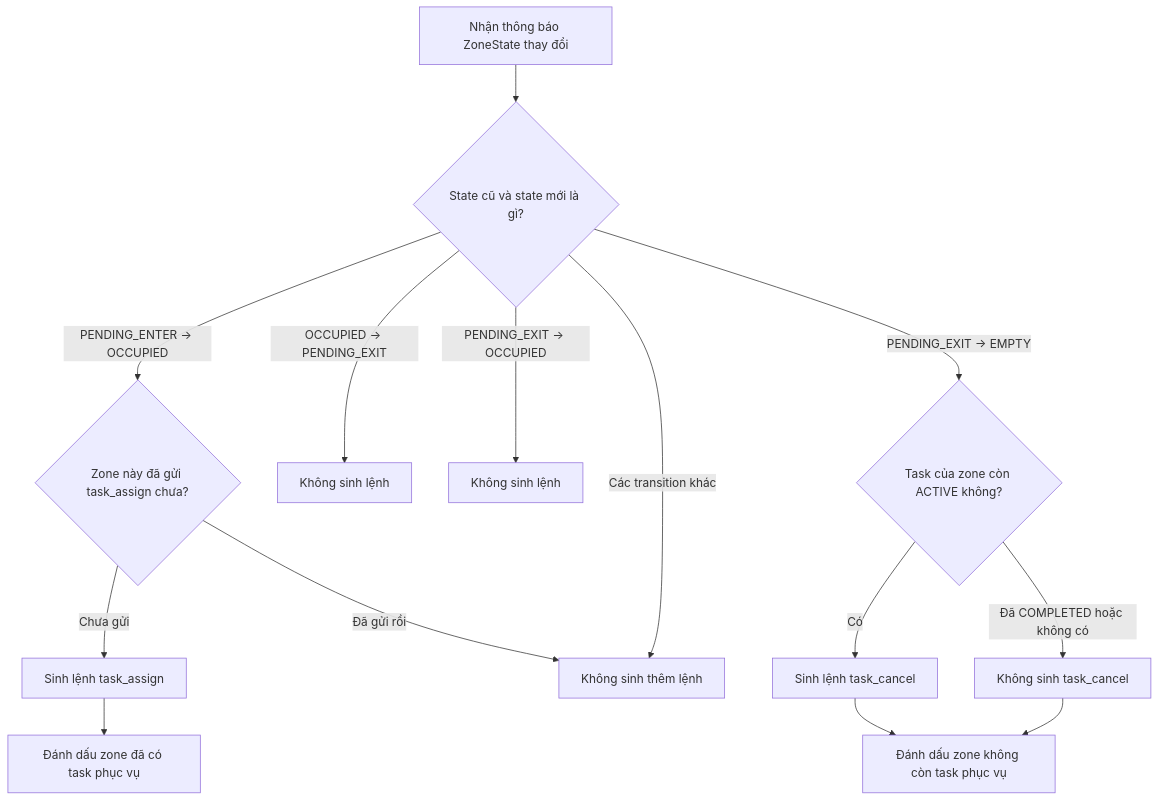
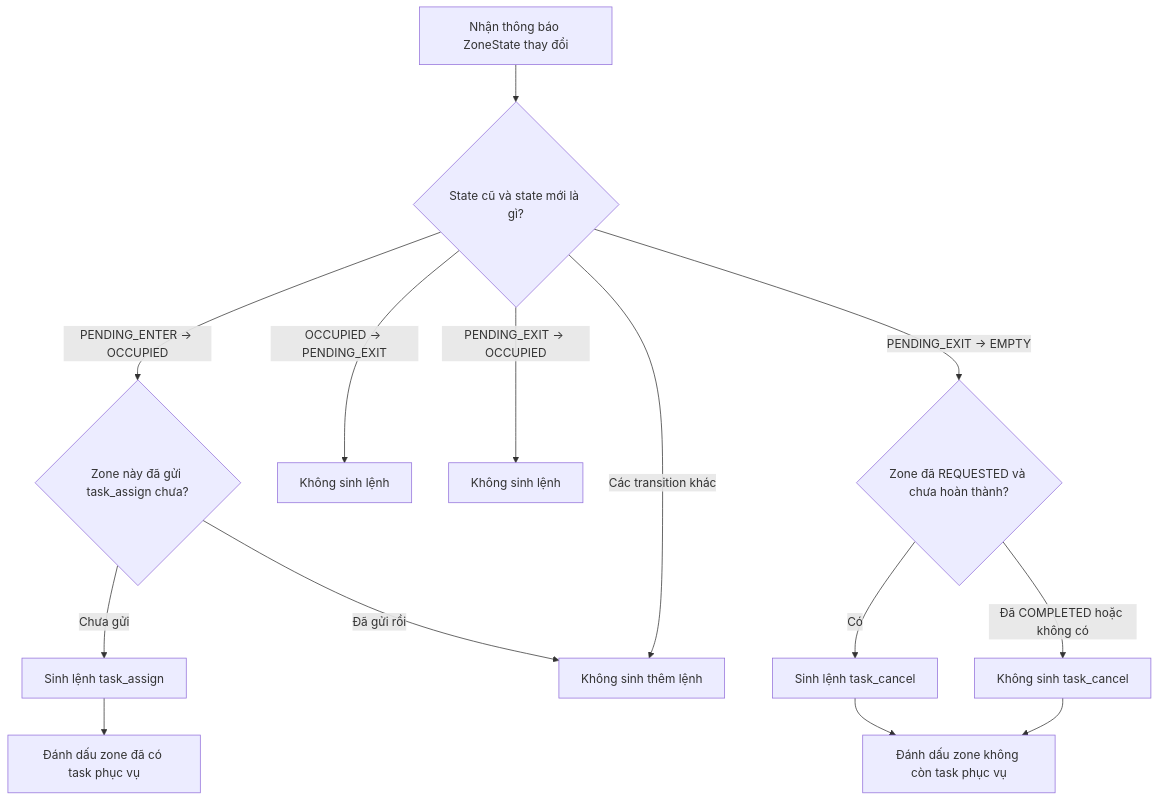
The diagram in src/dispatch_decision/README.md (nnq962/neo-human-detector), drawn with Mermaid before and after one commit. The commit also changed other lines of this file and 19 other files, not shown here.

````diff
--- a/src/dispatch_decision/README.md
+++ b/src/dispatch_decision/README.md
@@ -1,25 +1,25 @@
 ```mermaid
 flowchart TD
     A[Nhận thông báo ZoneState thay đổi] --> B{State cũ và state mới là gì?}
 
     B -->|PENDING_ENTER → OCCUPIED| C{Zone này đã gửi task_assign chưa?}
 
     C -->|Chưa gửi| D[Sinh lệnh task_assign]
     D --> E[Đánh dấu zone đã có task phục vụ]
 
     C -->|Đã gửi rồi| F[Không sinh thêm lệnh]
 
     B -->|OCCUPIED → PENDING_EXIT| G[Không sinh lệnh]
 
     B -->|PENDING_EXIT → OCCUPIED| H[Không sinh lệnh]
 
-    B -->|PENDING_EXIT → EMPTY| I{Task của zone còn ACTIVE không?}
+    B -->|PENDING_EXIT → EMPTY| I{Zone đã REQUESTED và chưa hoàn thành?}
 
     I -->|Có| J[Sinh lệnh task_cancel]
     J --> K[Đánh dấu zone không còn task phục vụ]
 
     I -->|Đã COMPLETED hoặc không có| L[Không sinh task_cancel]
     L --> K
 
     B -->|Các transition khác| F
 ```
````
